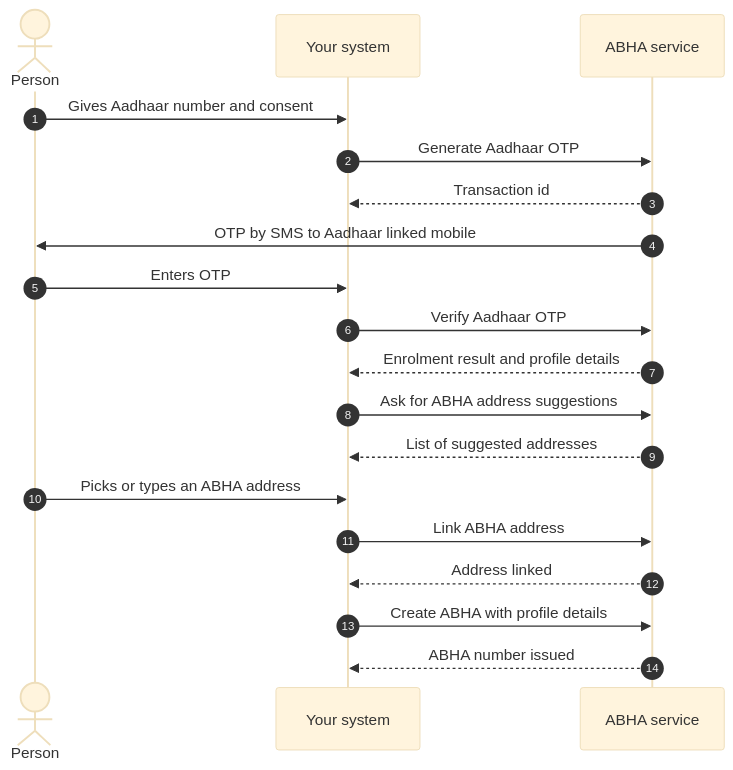
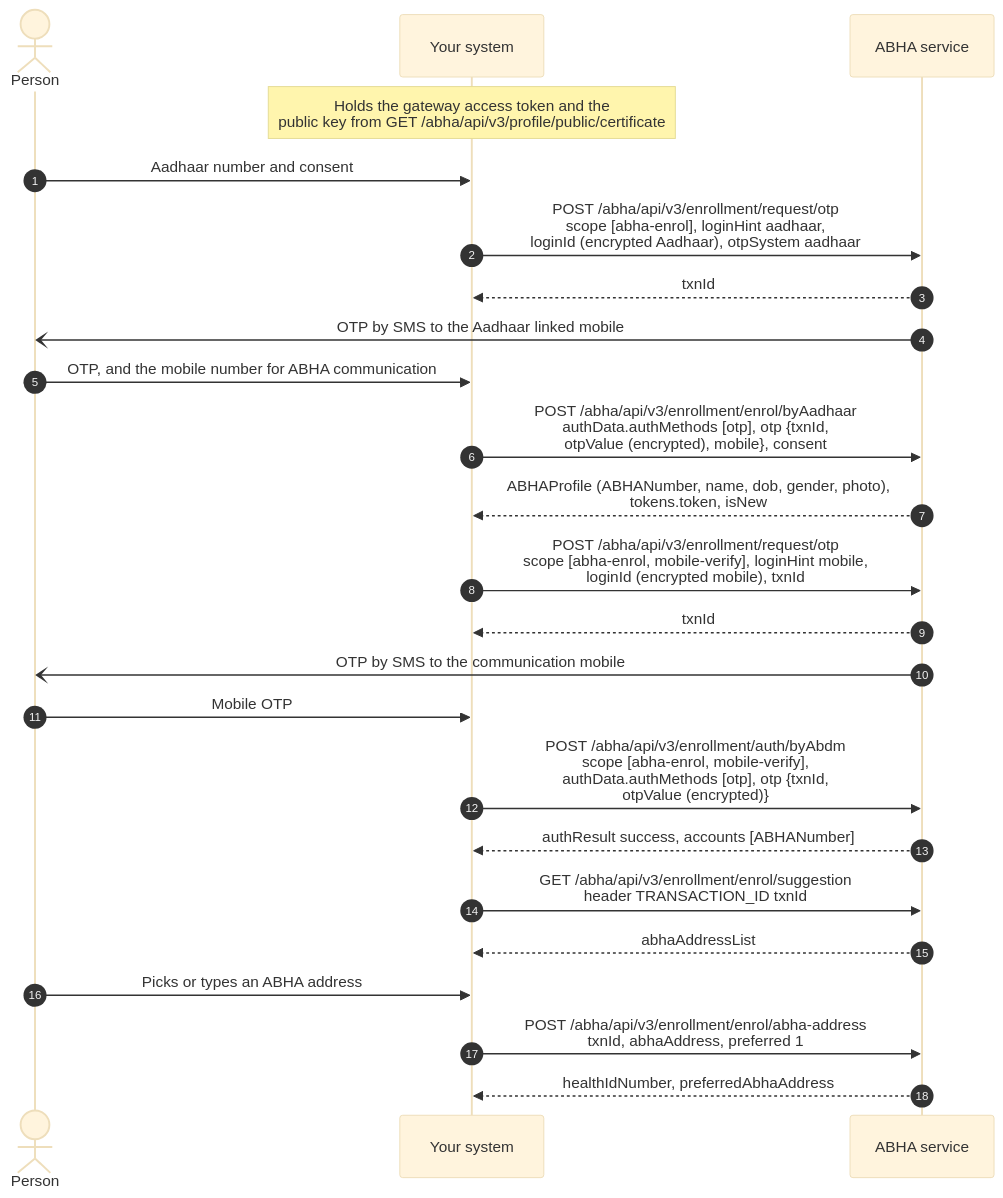
The first of 6 diagrams in site/docs/hiecm/v3/milestones/m1.mdx (nha-in/docs), drawn with Mermaid (base theme) before and after one commit. The commit also changed other lines of this file and 4 other files, not shown here.

````diff
--- a/site/docs/hiecm/v3/milestones/m1.mdx
+++ b/site/docs/hiecm/v3/milestones/m1.mdx
@@ -119,21 +119,26 @@
 ```mermaid
 sequenceDiagram
     autonumber
     actor P as Person
     participant S as Your system
     participant A as ABHA service
-    P->>S: Gives Aadhaar number and consent
-    S->>A: Generate Aadhaar OTP
-    A-->>S: Transaction id
-    A->>P: OTP by SMS to Aadhaar linked mobile
-    P->>S: Enters OTP
-    S->>A: Verify Aadhaar OTP
-    A-->>S: Enrolment result and profile details
-    S->>A: Ask for ABHA address suggestions
-    A-->>S: List of suggested addresses
+    Note over S: Holds the gateway access token and the<br/>public key from GET /abha/api/v3/profile/public/certificate
+    P->>S: Aadhaar number and consent
+    S->>A: POST /abha/api/v3/enrollment/request/otp<br/>scope [abha-enrol], loginHint aadhaar,<br/>loginId (encrypted Aadhaar), otpSystem aadhaar
+    A-->>S: txnId
+    A-)P: OTP by SMS to the Aadhaar linked mobile
+    P->>S: OTP, and the mobile number for ABHA communication
+    S->>A: POST /abha/api/v3/enrollment/enrol/byAadhaar<br/>authData.authMethods [otp], otp {txnId,<br/>otpValue (encrypted), mobile}, consent
+    A-->>S: ABHAProfile (ABHANumber, name, dob, gender, photo),<br/>tokens.token, isNew
+    S->>A: POST /abha/api/v3/enrollment/request/otp<br/>scope [abha-enrol, mobile-verify], loginHint mobile,<br/>loginId (encrypted mobile), txnId
+    A-->>S: txnId
+    A-)P: OTP by SMS to the communication mobile
+    P->>S: Mobile OTP
+    S->>A: POST /abha/api/v3/enrollment/auth/byAbdm<br/>scope [abha-enrol, mobile-verify],<br/>authData.authMethods [otp], otp {txnId,<br/>otpValue (encrypted)}
+    A-->>S: authResult success, accounts [ABHANumber]
+    S->>A: GET /abha/api/v3/enrollment/enrol/suggestion<br/>header TRANSACTION_ID txnId
+    A-->>S: abhaAddressList
     P->>S: Picks or types an ABHA address
-    S->>A: Link ABHA address
-    A-->>S: Address linked
-    S->>A: Create ABHA with profile details
-    A-->>S: ABHA number issued
+    S->>A: POST /abha/api/v3/enrollment/enrol/abha-address<br/>txnId, abhaAddress, preferred 1
+    A-->>S: healthIdNumber, preferredAbhaAddress
 ```
````
